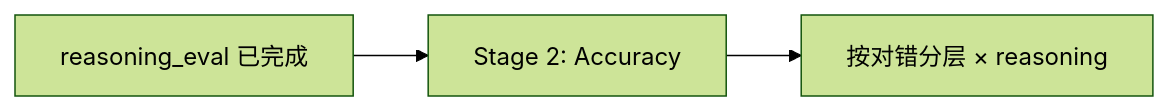
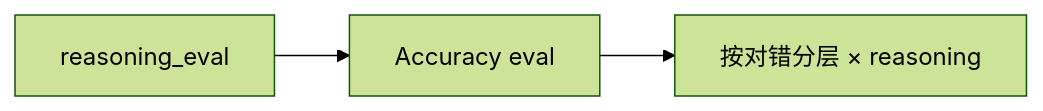
One commit to wumingxin238/MedRBench changed the second of 2 diagrams in docs/reports/STAGE1_EXPERIMENT_REPORT.md. Above: the diagram before and after it, drawn with Mermaid (forest theme). The commit also changed other lines of this file and 304 other files, not shown here.

````diff
--- a/docs/reports/STAGE1_EXPERIMENT_REPORT.md
+++ b/docs/reports/STAGE1_EXPERIMENT_REPORT.md
@@ -263,5 +347,5 @@
 ```mermaid
 flowchart LR
-  RE[reasoning_eval 已完成] --> ACC[Stage 2: Accuracy]
+  RE[reasoning_eval] --> ACC[Accuracy eval]
   ACC --> X[按对错分层 × reasoning]
 ```
````
